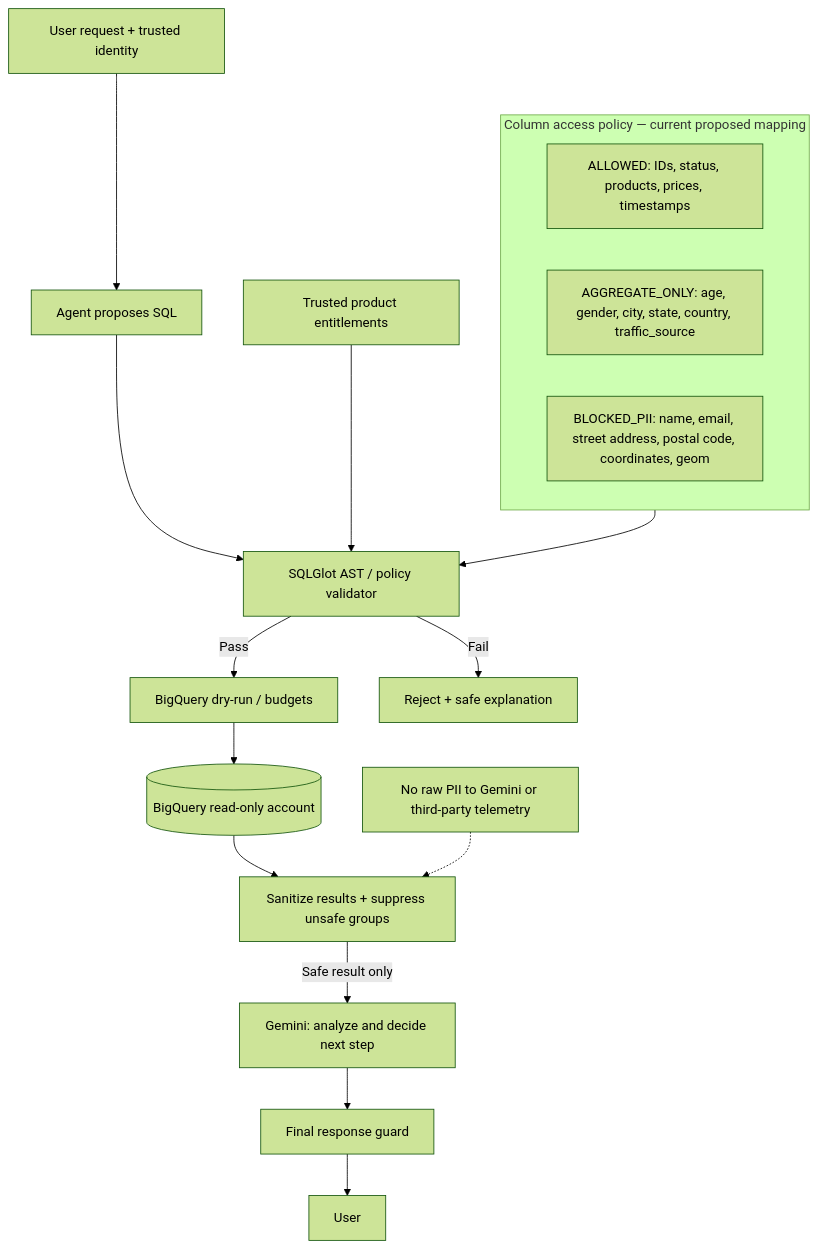
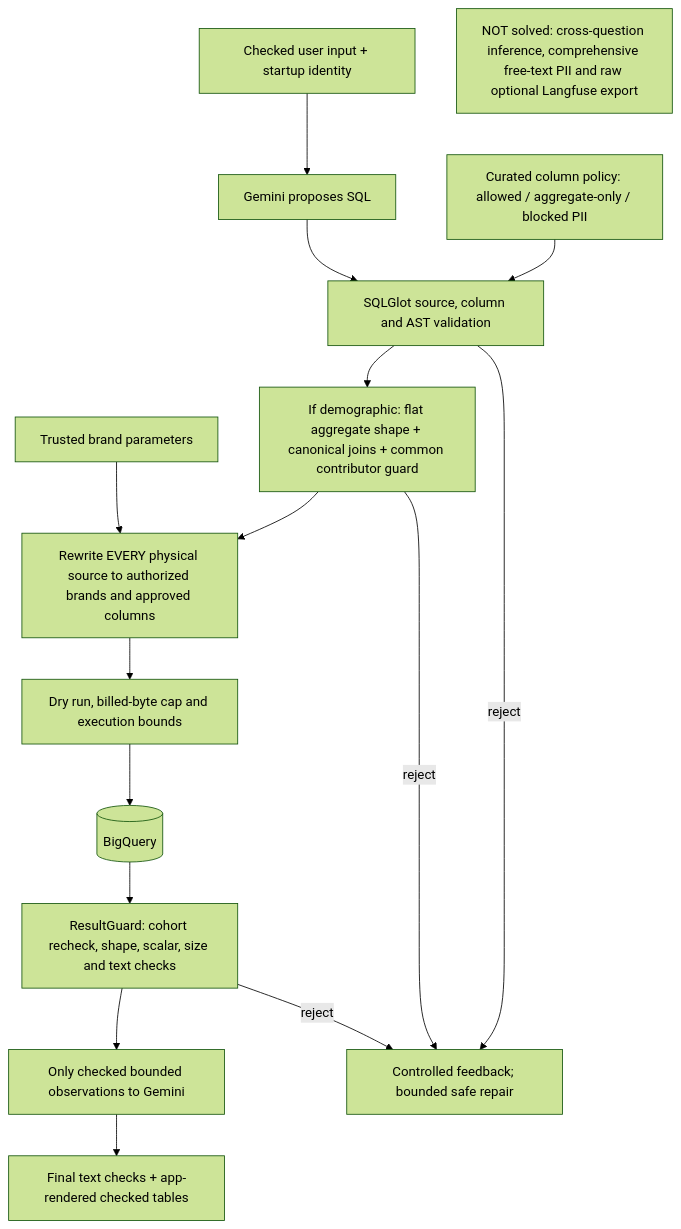
The diagram in HLD/security-pii.mmd (BenFruit/opsfleet_retail), drawn with Mermaid (forest theme) before and after one commit. The commit also changed 39 other files, not shown here.

First line of the commit message:
feat: add persistent user memory and consolidate architecture docs

```diff
--- a/HLD/security-pii.mmd
+++ b/HLD/security-pii.mmd
@@ -1,18 +1,16 @@
 flowchart TB
-    subgraph POLICY["Column access policy — current proposed mapping"]
-      A["ALLOWED: IDs, status, products, prices, timestamps"]
-      G["AGGREGATE_ONLY: age, gender, city, state, country, traffic_source"]
-      P["BLOCKED_PII: name, email, street address, postal code, coordinates, geom"]
-    end
-    REQ["User request + trusted identity"] --> PLANNER["Agent proposes SQL"]
-    PLANNER --> AST["SQLGlot AST / policy validator"]
-    RIGHTS["Trusted product entitlements"] --> AST
-    POLICY --> AST
-    AST -->|"Pass"| DRY["BigQuery dry-run / budgets"]
-    AST -->|"Fail"| REJECT["Reject + safe explanation"]
-    DRY --> BQ[("BigQuery read-only account")]
-    BQ --> SAN["Sanitize results + suppress unsafe groups"]
-    SAN -->|"Safe result only"| LLM["Gemini: analyze and decide next step"]
-    LLM --> GUARD["Final response guard"]
-    GUARD --> USER["User"]
-    note["No raw PII to Gemini or third-party telemetry"] -.-> SAN
+    POLICY["Curated column policy: allowed / aggregate-only / blocked PII"] --> AST
+    REQ["Checked user input + startup identity"] --> MODEL["Gemini proposes SQL"]
+    MODEL --> AST["SQLGlot source, column and AST validation"]
+    AST --> DEMO["If demographic: flat aggregate shape + canonical joins + common contributor guard"]
+    DEMO --> SCOPE["Rewrite EVERY physical source to authorized brands and approved columns"]
+    RIGHTS["Trusted brand parameters"] --> SCOPE
+    SCOPE --> DRY["Dry run, billed-byte cap and execution bounds"]
+    DRY --> BQ[("BigQuery")]
+    BQ --> RESULT["ResultGuard: cohort recheck, shape, scalar, size and text checks"]
+    RESULT --> SAFE["Only checked bounded observations to Gemini"]
+    SAFE --> ANSWER["Final text checks + app-rendered checked tables"]
+    AST -->|reject| ERROR["Controlled feedback; bounded safe repair"]
+    DEMO -->|reject| ERROR
+    RESULT -->|reject| ERROR
+    GAP["NOT solved: cross-question inference, comprehensive free-text PII and raw optional Langfuse export"]
```
